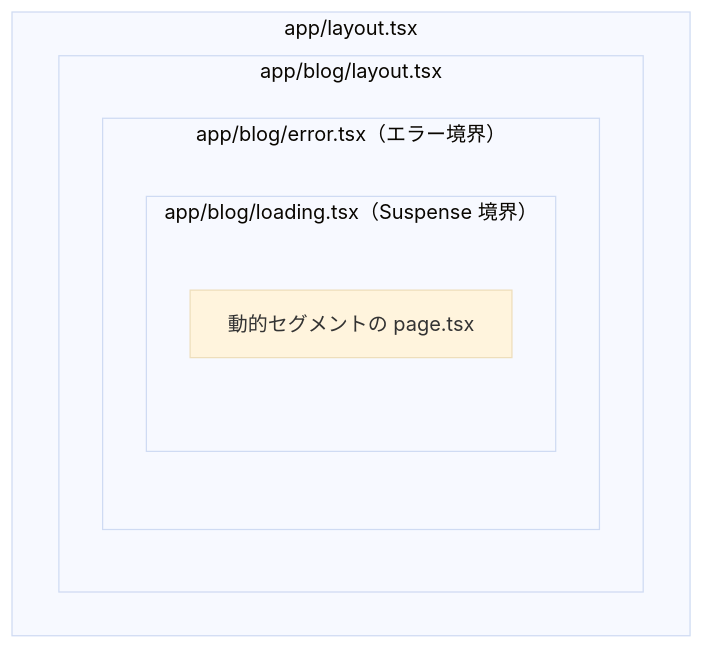
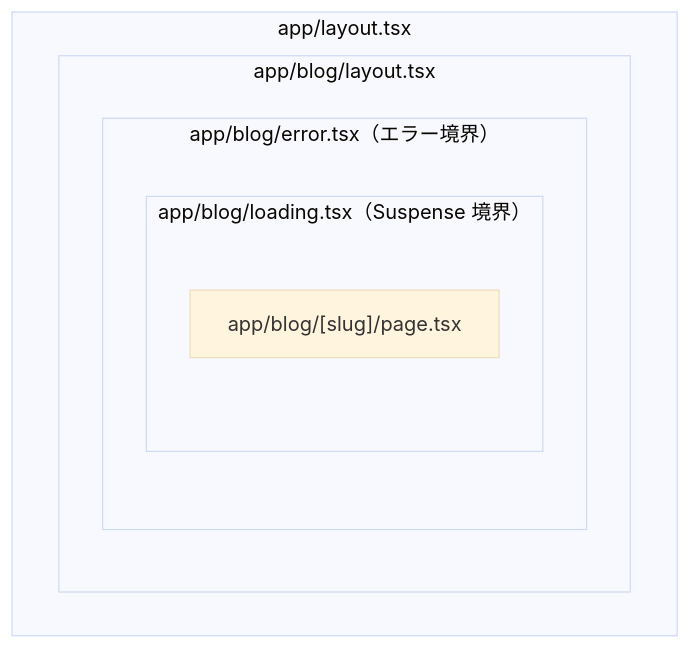
The fourth of 9 diagrams in articles/e7362b53b7d5da.md (nagahara-naoki/zenn), drawn with Mermaid (base theme) before and after one commit. The commit also changed other lines of this file, not shown here.

````diff
--- a/articles/e7362b53b7d5da.md
+++ b/articles/e7362b53b7d5da.md
@@ -220,12 +220,12 @@
 ```mermaid
 flowchart TD
     subgraph root["app/layout.tsx"]
         subgraph blog["app/blog/layout.tsx"]
             subgraph err["app/blog/error.tsx（エラー境界）"]
                 subgraph load["app/blog/loading.tsx（Suspense 境界）"]
-                    page["動的セグメントの page.tsx"]
+                    page["app/blog/[slug]/page.tsx"]
                 end
             end
         end
     end
 ```
````
